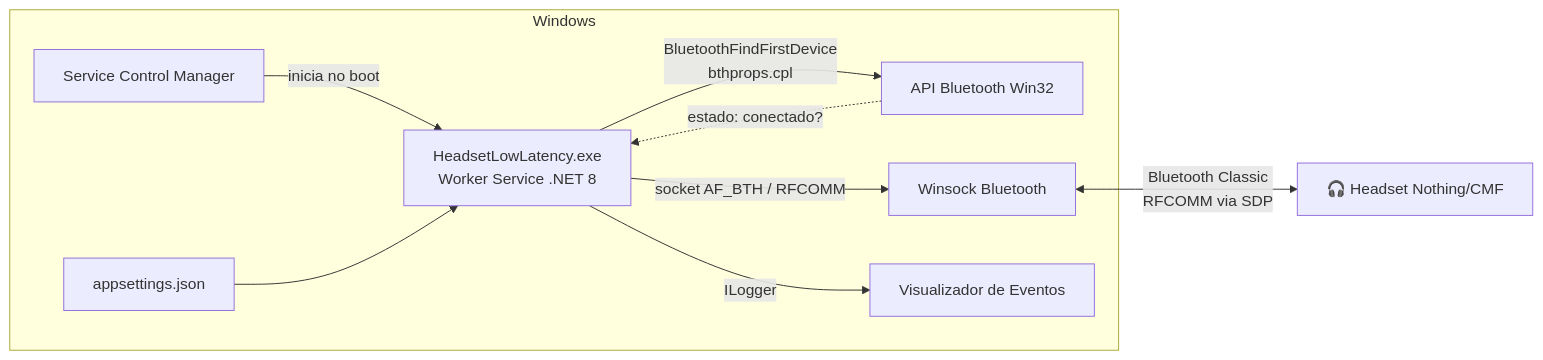
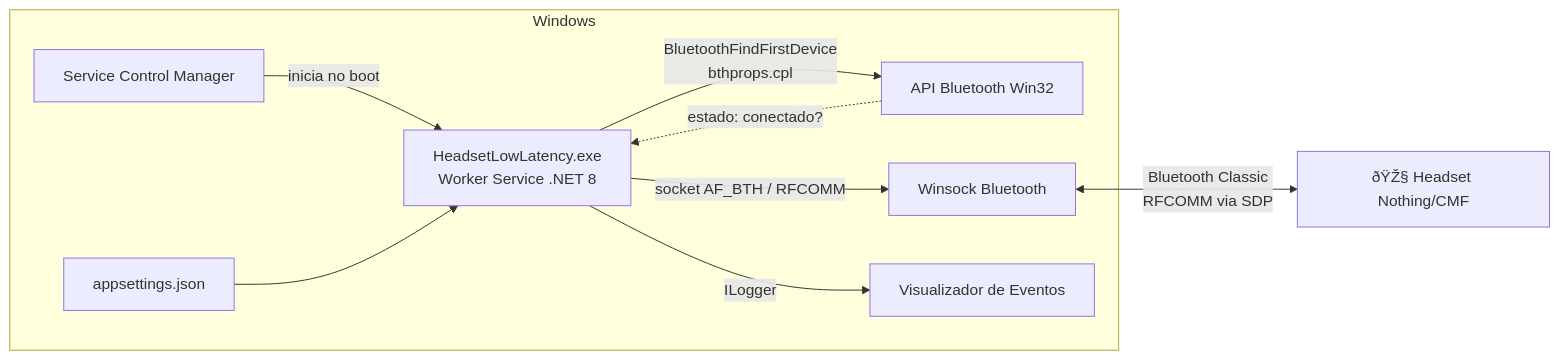
The first of 5 diagrams in README.md (leorr/headset-low-latency), drawn with Mermaid before and after one commit. The commit also changed other lines of this file, not shown here.

````diff
--- a/README.md
+++ b/README.md
@@ -47,12 +47,12 @@
 ```mermaid
 flowchart LR
     subgraph Windows
         SCM[Service Control Manager] -->|inicia no boot| SVC[HeadsetLowLatency.exe<br/>Worker Service .NET 8]
         SVC -->|BluetoothFindFirstDevice<br/>bthprops.cpl| BTAPI[API Bluetooth Win32]
         SVC -->|socket AF_BTH / RFCOMM| WS[Winsock Bluetooth]
         SVC -->|ILogger| EV[Visualizador de Eventos]
         CFG[appsettings.json] --> SVC
     end
-    WS <-->|Bluetooth Classic<br/>RFCOMM via SDP| HS[🎧 Headset Nothing/CMF]
+    WS <-->|Bluetooth Classic<br/>RFCOMM via SDP| HS[ðŸŽ§ Headset Nothing/CMF]
     BTAPI -.->|estado: conectado?| SVC
 ```
````
